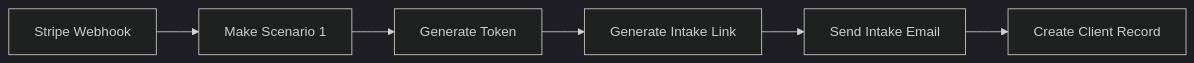
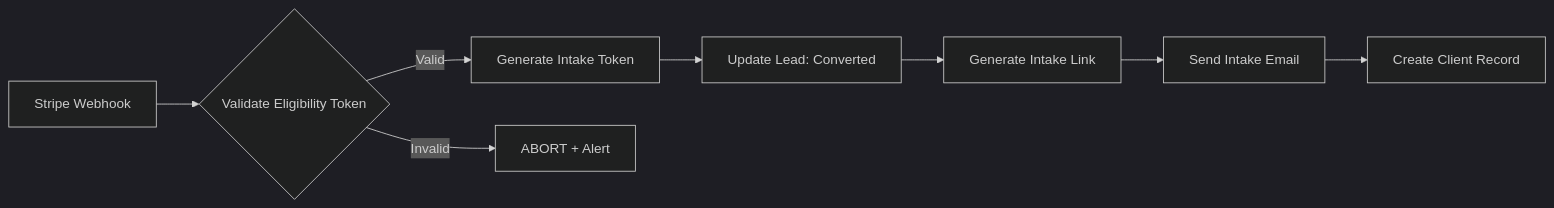
One commit to CrisisCore-Systems/node-null-control changed the second of 7 diagrams in automation/service_wiring.md. Above: the diagram before and after it, drawn with Mermaid (dark theme). The commit also changed other lines of this file and 1 other file, not shown here.

Commit message:
Add detailed Make module-by-module wiring for eligibility gate

````diff
--- a/automation/service_wiring.md
+++ b/automation/service_wiring.md
@@ -215,8 +230,10 @@
 ```mermaid
 flowchart LR
-    Stripe[Stripe Webhook] --> Make[Make Scenario 1]
-    Make --> Token[Generate Token]
-    Token --> Tally[Generate Intake Link]
+    Stripe[Stripe Webhook] --> Validate{Validate Eligibility Token}
+    Validate -->|Valid| Token[Generate Intake Token]
+    Validate -->|Invalid| Abort[ABORT + Alert]
+    Token --> Update[Update Lead: Converted]
+    Update --> Tally[Generate Intake Link]
     Tally --> Gmail[Send Intake Email]
     Gmail --> Notion[Create Client Record]
 ```
````
